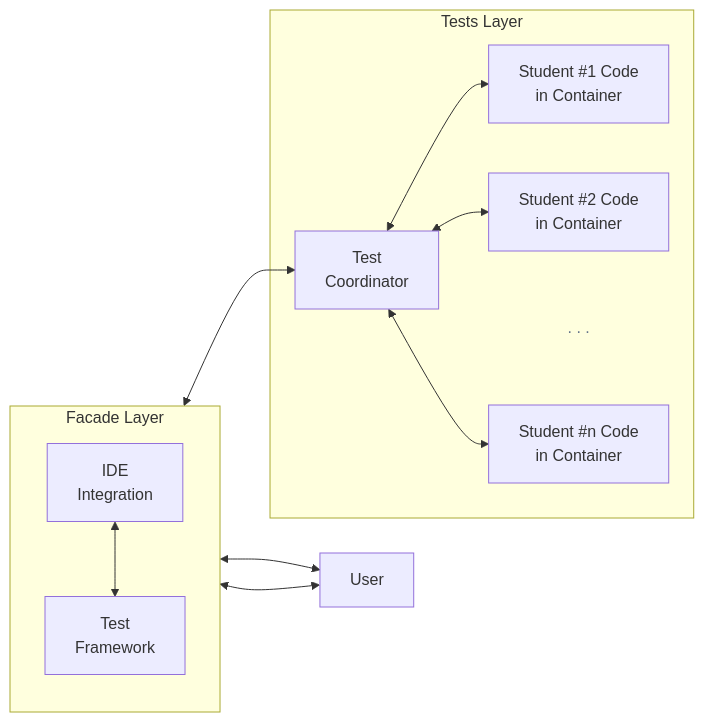
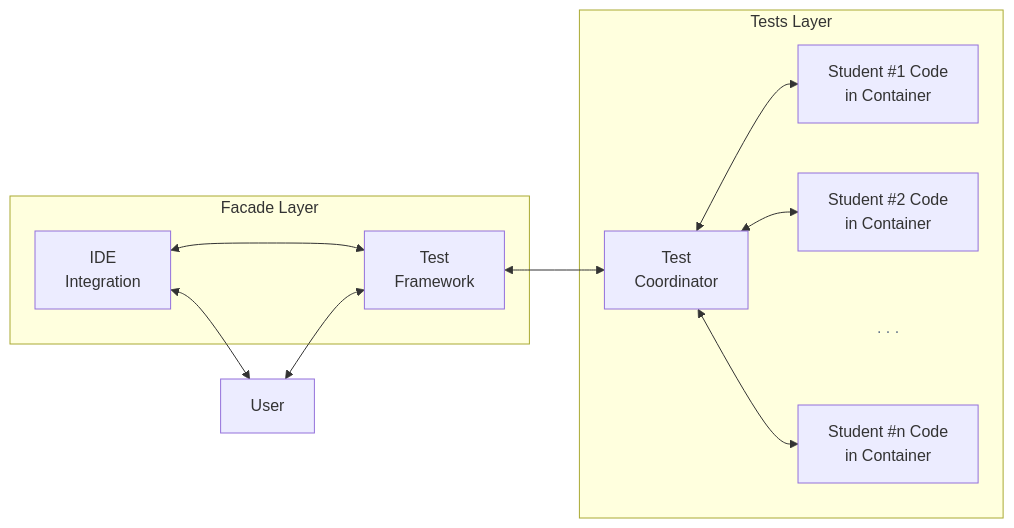
The diagram in docs/ARCHITECTURE.md (kamil7430/cil-complexity-analyzer), drawn with Mermaid before and after one commit.

Commit message:
Remove direction from Facade Layer diagram

````diff
--- a/docs/ARCHITECTURE.md
+++ b/docs/ARCHITECTURE.md
@@ -1,22 +1,21 @@
 ```mermaid
 graph LR
     subgraph Facade [Facade Layer]
-        direction TB
         IDE[IDE\nIntegration] <--> TF[Test\nFramework]
     end
 
     User[User] <--> TF
     IDE <--> User
 
     TF <--> TC[Test\nCoordinator]
 
     subgraph Containers [Tests Layer]
         TC <--> S1[Student #1 Code\nin Container]
         TC <--> S2[Student #2 Code\nin Container]
         TC ~~~ Dots[. . .]
         TC <--> SN[Student #n Code\nin Container]
     end
 
     %% Ukrycie ramki dla kropek
     style Dots fill:none,stroke:none,color:#64748B
 ```
````
